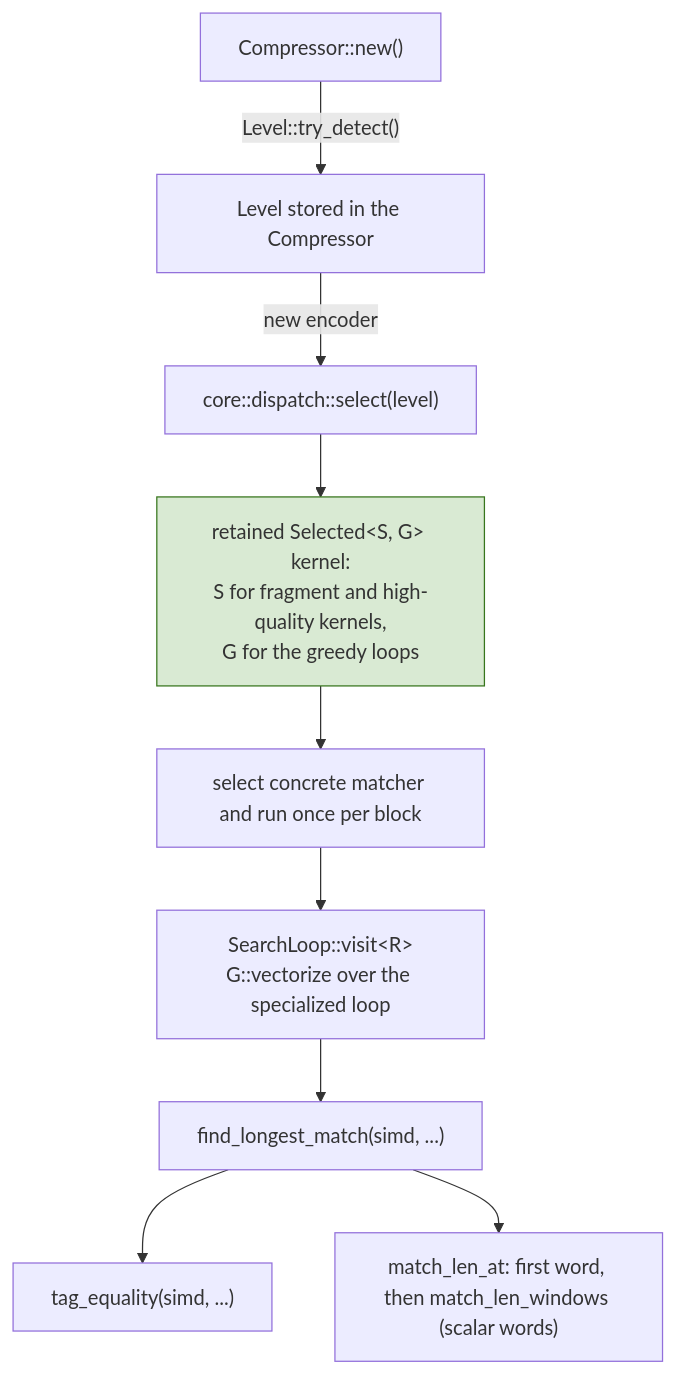
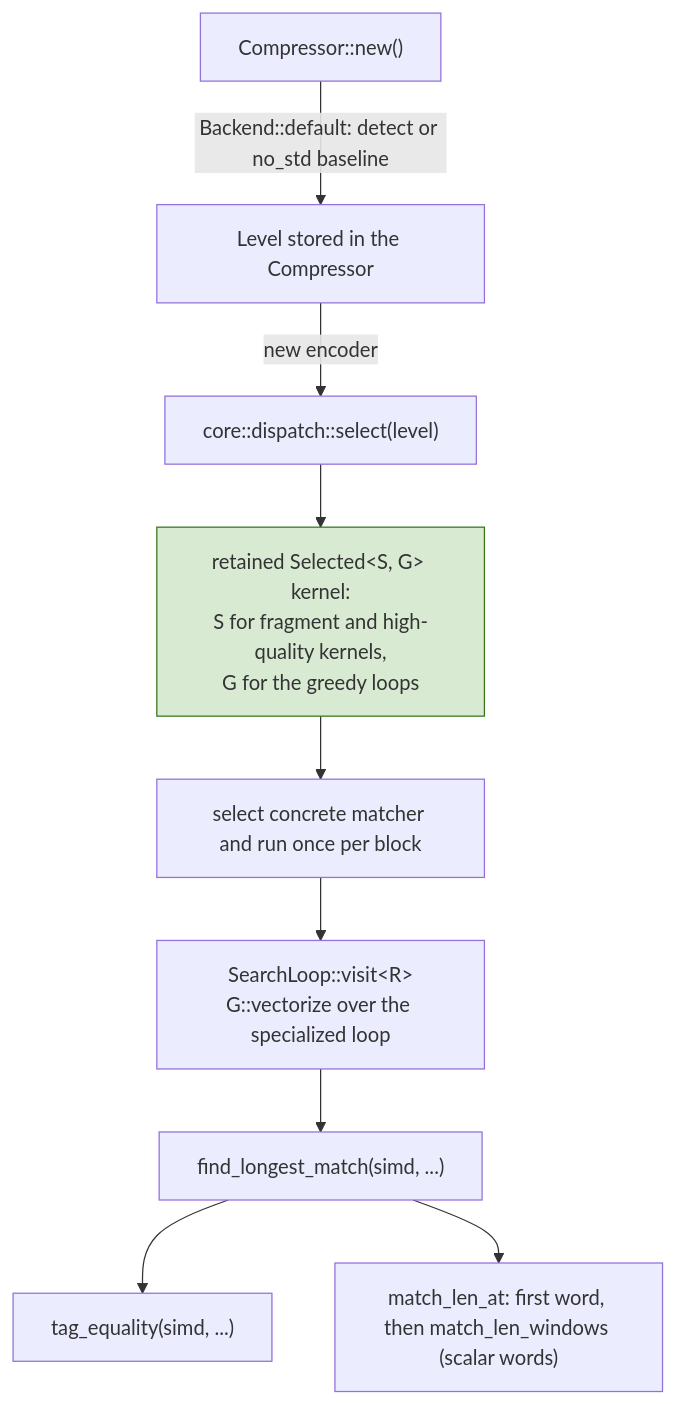
One commit to Mnwa/mbrotli changed diagram 11 of 11 in architecture/greedy-encoder.md. Above: the diagram before and after it, drawn with Mermaid. The commit also changed 93 other files, not shown here.

````diff
--- a/architecture/greedy-encoder.md
+++ b/architecture/greedy-encoder.md
@@ -639,14 +639,14 @@
 ```mermaid
 graph TD
-    A["Compressor::new()"] -->|"Level::try_detect()"| B["Level stored in the Compressor"]
+    A["Compressor::new()"] -->|"Backend::default: detect or no_std baseline"| B["Level stored in the Compressor"]
     B -->|"new encoder"| C["core::dispatch::select(level)"]
     C --> D["retained Selected&lt;S, G&gt; kernel:<br/>S for fragment and high-quality kernels,<br/>G for the greedy loops"]
     D --> E["select concrete matcher and run once per block"]
     E --> V["SearchLoop::visit&lt;R&gt;<br/>G::vectorize over the specialized loop"]
     V --> F["find_longest_match(simd, ...)"]
     F --> G1["tag_equality(simd, ...)"]
     F --> G2["match_len_at: first word, then match_len_windows (scalar words)"]
 
     classDef once fill:#d9ead3,stroke:#38761d;
     class D once;
 ```
````
